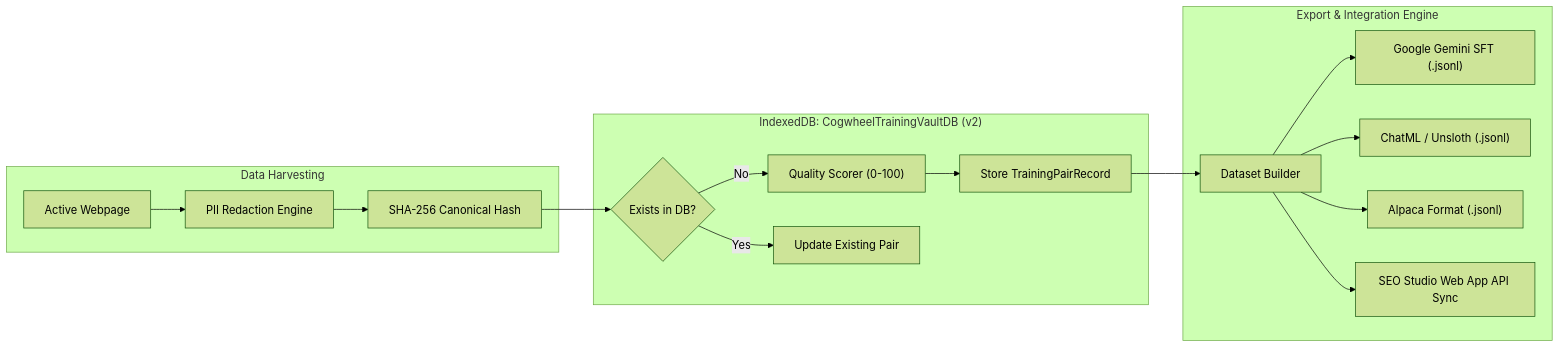
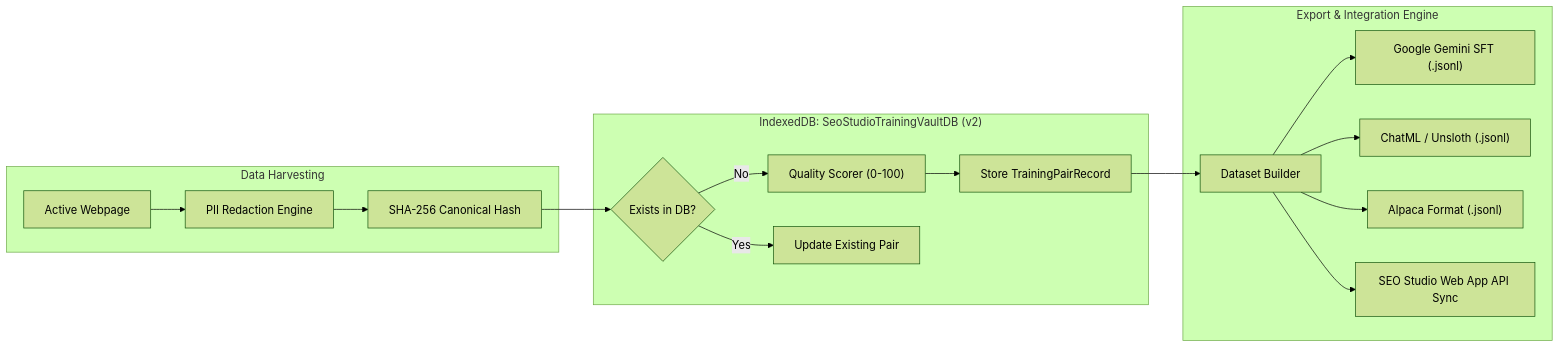
One commit to nurunnobejisan/Cogwheel-SEO-Templates changed the third of 5 diagrams in docs/ARCHITECTURE.md. Above: the diagram before and after it, drawn with Mermaid (forest theme). The commit also changed other lines of this file and 83 other files, not shown here.

````diff
--- a/docs/ARCHITECTURE.md
+++ b/docs/ARCHITECTURE.md
@@ -219,22 +219,22 @@
 ```mermaid
 flowchart LR
     subgraph Capture ["Data Harvesting"]
         DOMScan["Active Webpage"] --> PiiSanitizer["PII Redaction Engine"]
         PiiSanitizer --> HashCalc["SHA-256 Canonical Hash"]
     end
 
-    subgraph VaultDB ["IndexedDB: CogwheelTrainingVaultDB (v2)"]
+    subgraph VaultDB ["IndexedDB: SeoStudioTrainingVaultDB (v2)"]
         HashCalc --> Deduplication{"Exists in DB?"}
         Deduplication -->|"No"| QualityScorer["Quality Scorer (0-100)"]
         Deduplication -->|"Yes"| UpdateRecord["Update Existing Pair"]
         QualityScorer --> StoreRecord["Store TrainingPairRecord"]
     end
 
     subgraph ExportSync ["Export & Integration Engine"]
         StoreRecord --> Formatter["Dataset Builder"]
         Formatter --> GeminiSFT["Google Gemini SFT (.jsonl)"]
         Formatter --> ChatMLSFT["ChatML / Unsloth (.jsonl)"]
         Formatter --> AlpacaSFT["Alpaca Format (.jsonl)"]
         Formatter --> DirectSync["SEO Studio Web App API Sync"]
     end
 ```
````
